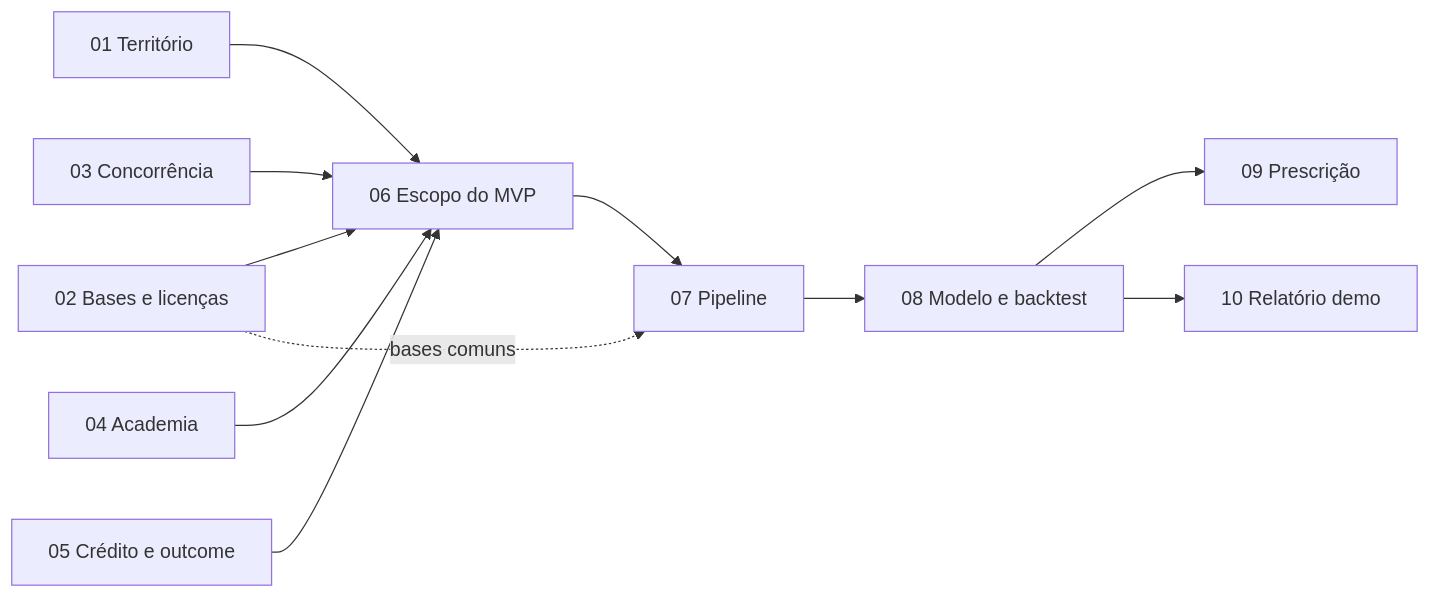
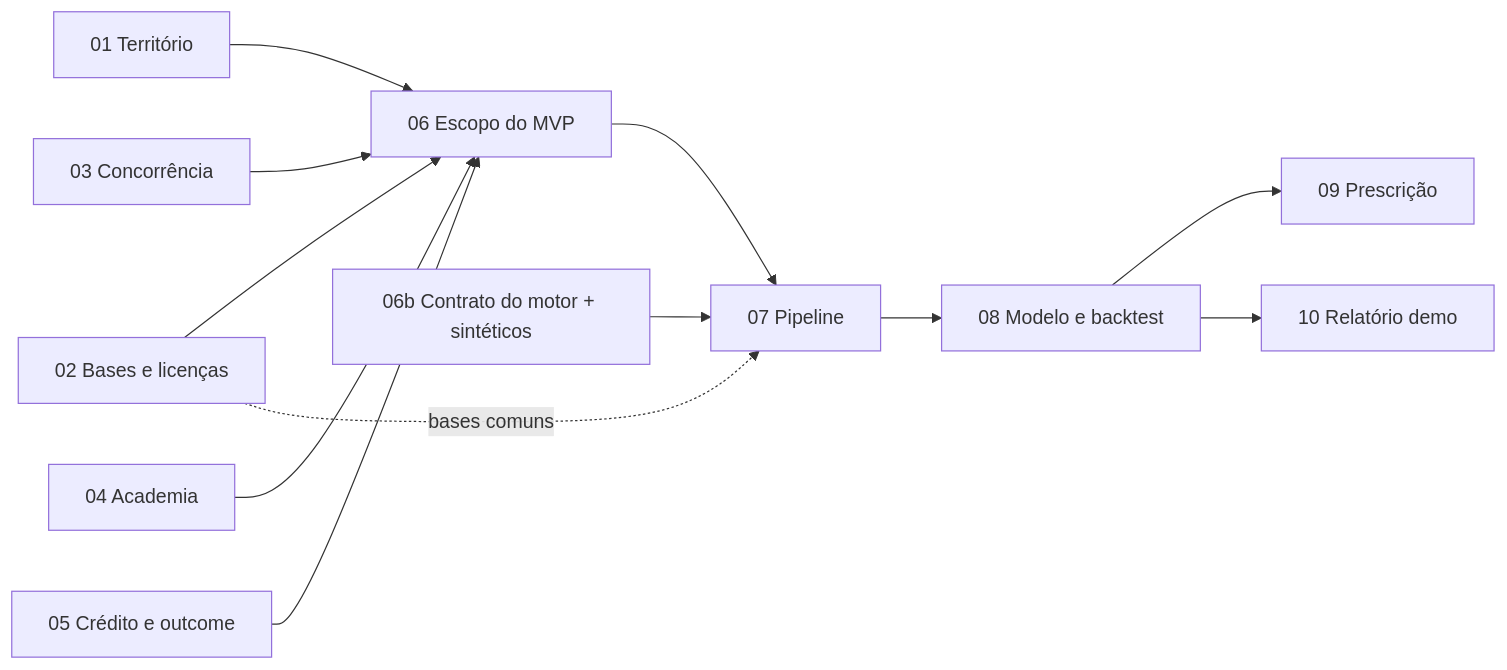
Before and after one commit to arthur22augusto/agrorisk: the diagram in docs/prompts/README.md, drawn with Mermaid. The commit also changed other lines of this file and 4 other files, not shown here.

````diff
--- a/docs/prompts/README.md
+++ b/docs/prompts/README.md
@@ -7,13 +7,14 @@
 ```mermaid
 flowchart LR
     S01[01 Território] --> S06
     S02[02 Bases e licenças] --> S06
     S03[03 Concorrência] --> S06
     S04[04 Academia] --> S06
     S05[05 Crédito e outcome] --> S06
     S06[06 Escopo do MVP] --> S07[07 Pipeline]
+    S06b[06b Contrato do motor + sintéticos] --> S07
     S02 -. bases comuns .-> S07
     S07 --> S08[08 Modelo e backtest]
     S08 --> S09[09 Prescrição]
     S08 --> S10[10 Relatório demo]
 ```
````
